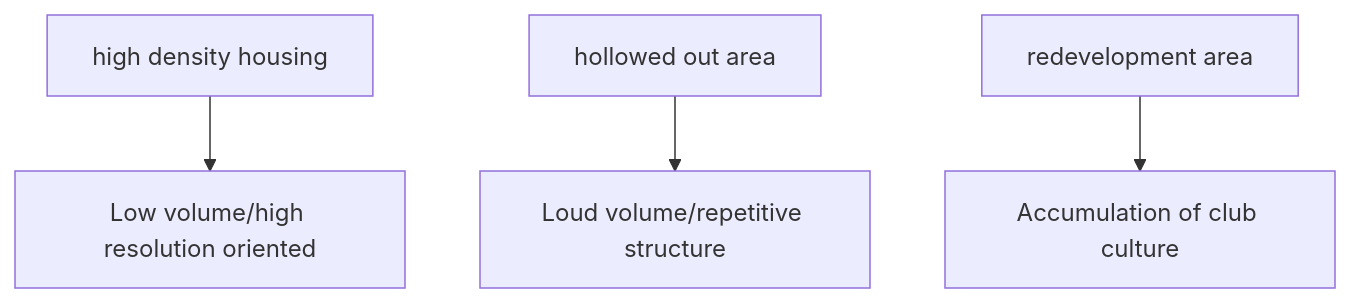
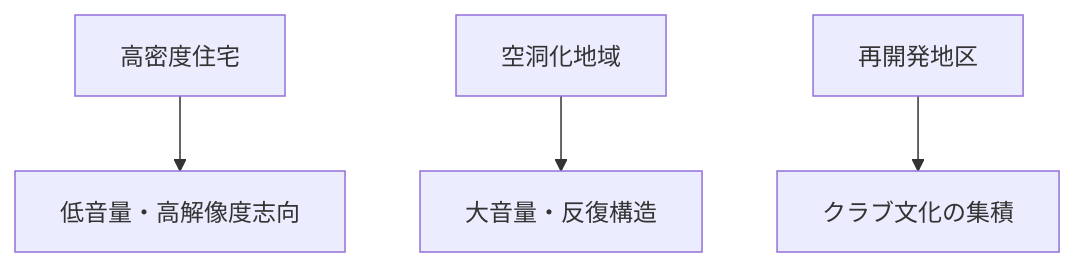
One commit to monumental-movement/monumental-movement.github.io changed the second of 3 diagrams in en/_posts/2026-02-06-column-music-urban-space.md. Above: the diagram before and after it, drawn with Mermaid. The commit also changed other lines of this file and 775 other files, not shown here.

```diff
--- a/en/_posts/2026-02-06-column-music-urban-space.md
+++ b/en/_posts/2026-02-06-column-music-urban-space.md
@@ -198,6 +197,6 @@
 <div class="mermaid">
 flowchart TB
-A[high density housing] --> B[Low volume/high resolution oriented]
-C[hollowed out area] --> D[Loud volume/repetitive structure]
-E[redevelopment area] --> F[Accumulation of club culture]
+A[高密度住宅] --> B[低音量・高解像度志向]
+C[空洞化地域] --> D[大音量・反復構造]
+E[再開発地区] --> F[クラブ文化の集積]
 </div>
```
